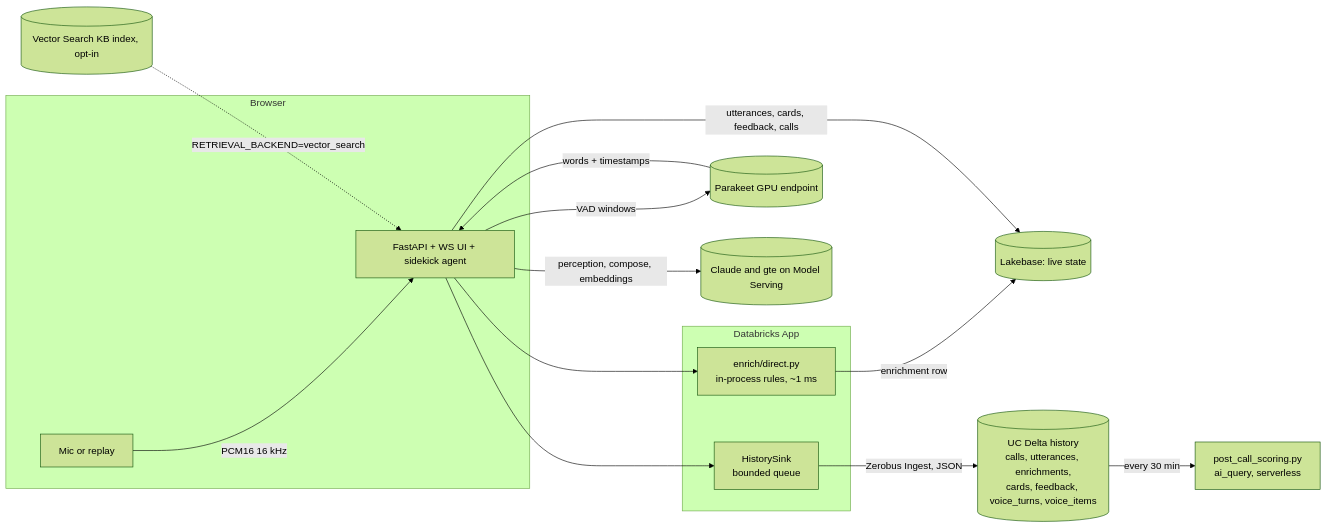
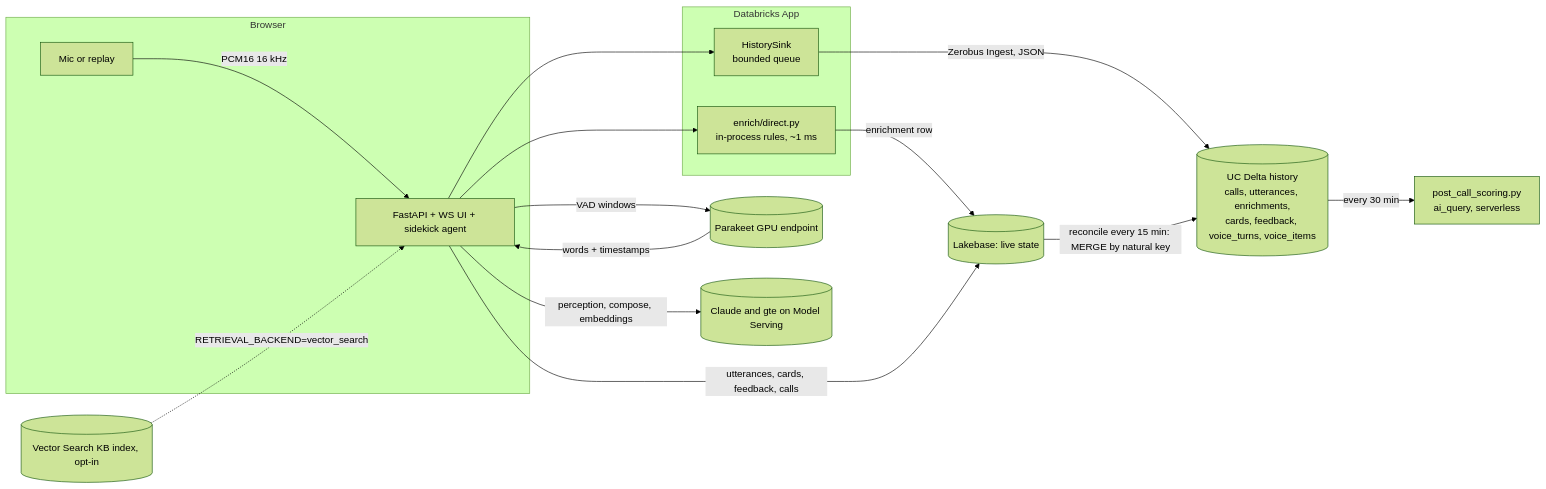
Before and after one commit to pbayne/realtime-apps-feature-demo: the diagram in README.md, drawn with Mermaid (forest theme). The commit also changed other lines of this file and 2 other files, not shown here.

First line of the commit message:
docs(history): document Lakebase reconcile

````diff
--- a/README.md
+++ b/README.md
@@ -30,21 +30,22 @@
 ```mermaid
 flowchart LR
   subgraph Browser
     MIC[Mic or replay] -->|PCM16 16 kHz| APP
   end
   subgraph Databricks App
     APP[FastAPI + WS UI + sidekick agent]
     ENR[enrich/direct.py<br/>in-process rules, ~1 ms]
     HS[HistorySink<br/>bounded queue]
     APP --> ENR
     APP --> HS
   end
   APP -->|VAD windows| STT[(Parakeet GPU endpoint)]
   STT -->|words + timestamps| APP
   ENR -->|enrichment row| LB[(Lakebase: live state)]
   APP -->|utterances, cards, feedback, calls| LB
   HS -->|Zerobus Ingest, JSON| UC[(UC Delta history<br/>calls, utterances, enrichments,<br/>cards, feedback, voice_turns, voice_items)]
+  LB -->|reconcile every 15 min: MERGE by natural key| UC
   APP -->|perception, compose, embeddings| LLM[(Claude and gte on Model Serving)]
   VS[(Vector Search KB index, opt-in)] -.->|RETRIEVAL_BACKEND=vector_search| APP
   UC -->|every 30 min| PCS[post_call_scoring.py<br/>ai_query, serverless]
 ```
````
